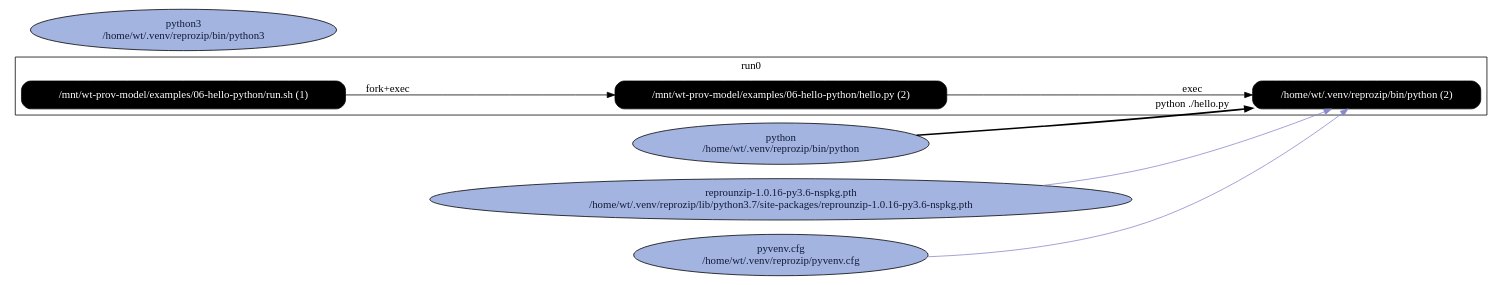
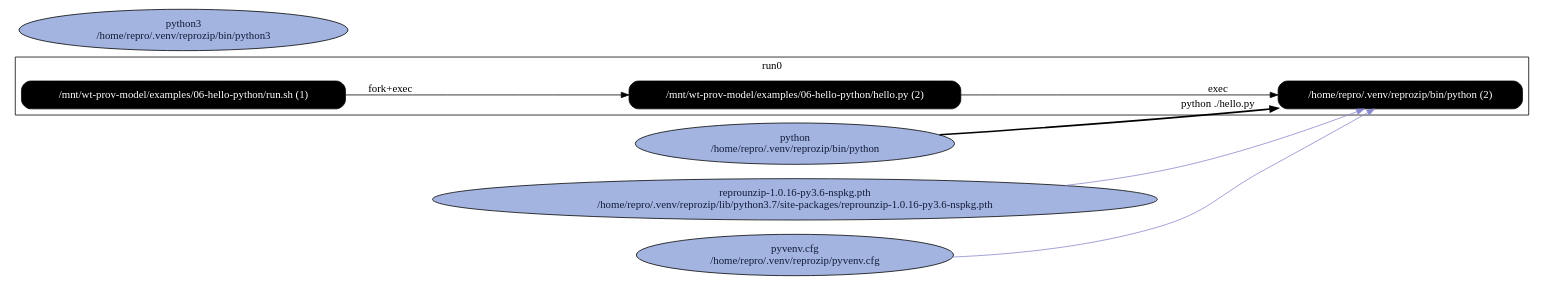
One commit to CIRSS/cpr changed the diagram in examples/06-hello-python/graphs/rpz_B_processes_with_input_and_output_files.dot. Above: the diagram before and after it, drawn with Graphviz. The commit also changed 19 other files, not shown here.

```diff
--- a/examples/06-hello-python/graphs/rpz_B_processes_with_input_and_output_files.dot
+++ b/examples/06-hello-python/graphs/rpz_B_processes_with_input_and_output_files.dot
@@ -1,26 +1,26 @@
 digraph G {
     rankdir=LR;
 
     /* programs */
     node [shape=box fontcolor=white fillcolor=black style="filled,rounded"];
     subgraph cluster_run0 {
         label="run0";
         prog0 [label="/mnt/wt-prov-model/examples/06-hello-python/run.sh (1)"];
         prog1 [label="/mnt/wt-prov-model/examples/06-hello-python/hello.py (2)"];
         prog0 -> prog1 [label="fork+exec"];
-        prog2 [label="/home/wt/.venv/reprozip/bin/python (2)"];
+        prog2 [label="/home/repro/.venv/reprozip/bin/python (2)"];
         prog1 -> prog2 [label="exec"];
     }
 
     node [shape=ellipse fontcolor="#131C39" fillcolor="#C9D2ED"];
 
     /* other files */
-    "/home/wt/.venv/reprozip/bin/python" [fillcolor="#A3B4E0", label="python\n/home/wt/.venv/reprozip/bin/python"];
-    "/home/wt/.venv/reprozip/bin/python3" [fillcolor="#A3B4E0", label="python3\n/home/wt/.venv/reprozip/bin/python3"];
-    "/home/wt/.venv/reprozip/lib/python3.7/site-packages/reprounzip-1.0.16-py3.6-nspkg.pth" [fillcolor="#A3B4E0", label="reprounzip-1.0.16-py3.6-nspkg.pth\n/home/wt/.venv/reprozip/lib/python3.7/site-packages/reprounzip-1.0.16-py3.6-nspkg.pth"];
-    "/home/wt/.venv/reprozip/pyvenv.cfg" [fillcolor="#A3B4E0", label="pyvenv.cfg\n/home/wt/.venv/reprozip/pyvenv.cfg"];
+    "/home/repro/.venv/reprozip/bin/python" [fillcolor="#A3B4E0", label="python\n/home/repro/.venv/reprozip/bin/python"];
+    "/home/repro/.venv/reprozip/bin/python3" [fillcolor="#A3B4E0", label="python3\n/home/repro/.venv/reprozip/bin/python3"];
+    "/home/repro/.venv/reprozip/lib/python3.7/site-packages/reprounzip-1.0.16-py3.6-nspkg.pth" [fillcolor="#A3B4E0", label="reprounzip-1.0.16-py3.6-nspkg.pth\n/home/repro/.venv/reprozip/lib/python3.7/site-packages/reprounzip-1.0.16-py3.6-nspkg.pth"];
+    "/home/repro/.venv/reprozip/pyvenv.cfg" [fillcolor="#A3B4E0", label="pyvenv.cfg\n/home/repro/.venv/reprozip/pyvenv.cfg"];
 
-    "/home/wt/.venv/reprozip/bin/python" -> prog2 [style=bold, label="python ./hello.py"];
-    "/home/wt/.venv/reprozip/pyvenv.cfg" -> prog2 [color="#8888CC"];
-    "/home/wt/.venv/reprozip/lib/python3.7/site-packages/reprounzip-1.0.16-py3.6-nspkg.pth" -> prog2 [color="#8888CC"];
+    "/home/repro/.venv/reprozip/bin/python" -> prog2 [style=bold, label="python ./hello.py"];
+    "/home/repro/.venv/reprozip/pyvenv.cfg" -> prog2 [color="#8888CC"];
+    "/home/repro/.venv/reprozip/lib/python3.7/site-packages/reprounzip-1.0.16-py3.6-nspkg.pth" -> prog2 [color="#8888CC"];
 }
```
